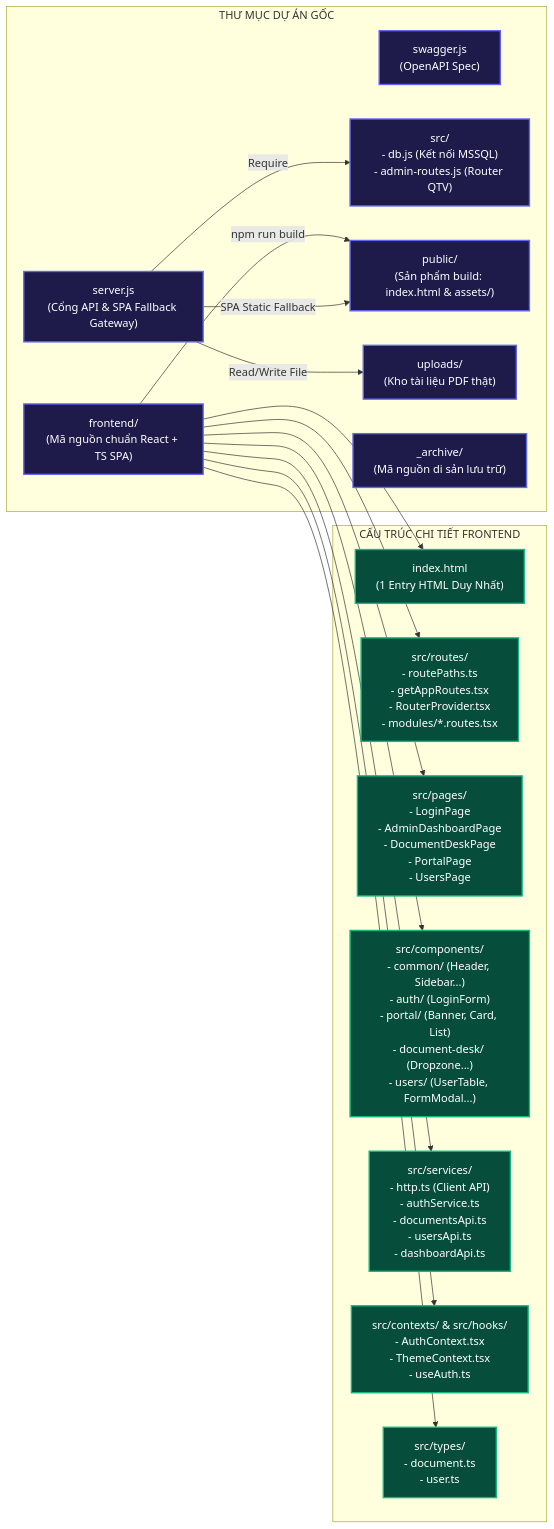
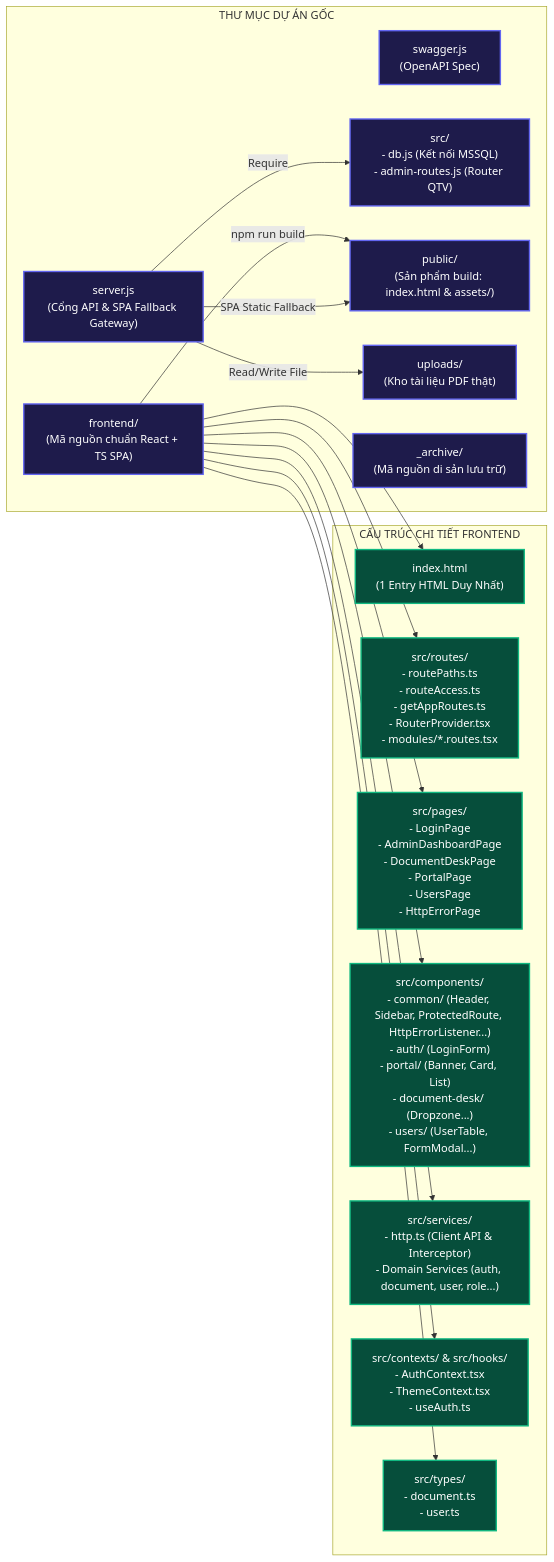
Before and after one commit to NguyenHaiAnh08/qk7-datahub: the second of 5 diagrams in SYSTEM_ARCHITECTURE.md, drawn with Mermaid. The commit also changed other lines of this file and 20 other files, not shown here.

Commit message:
5. Restructure the services, reconfigure `axiosClient`, integrate `ProtectedRoute` into business routes, and consolidate Markdown documentation.

````diff
--- a/SYSTEM_ARCHITECTURE.md
+++ b/SYSTEM_ARCHITECTURE.md
@@ -106,39 +106,39 @@
 ```mermaid
 graph LR
     subgraph ROOT ["THƯ MỤC DỰ ÁN GỐC"]
         ServerJS["server.js<br/>(Cổng API & SPA Fallback Gateway)"]
         SwaggerJS["swagger.js<br/>(OpenAPI Spec)"]
         SrcBackend["src/<br/>- db.js (Kết nối MSSQL)<br/>- admin-routes.js (Router QTV)"]
         PublicDir["public/<br/>(Sản phẩm build: index.html & assets/)"]
         UploadsDir["uploads/<br/>(Kho tài liệu PDF thật)"]
         ArchiveDir["_archive/<br/>(Mã nguồn di sản lưu trữ)"]
         FrontendDir["frontend/<br/>(Mã nguồn chuẩn React + TS SPA)"]
     end
 
     subgraph FRONTEND_SRC ["CẤU TRÚC CHI TIẾT FRONTEND"]
         F_Entry["index.html<br/>(1 Entry HTML Duy Nhất)"]
-        F_Routes["src/routes/<br/>- routePaths.ts<br/>- getAppRoutes.tsx<br/>- RouterProvider.tsx<br/>- modules/*.routes.tsx"]
-        F_Pages["src/pages/<br/>- LoginPage<br/>- AdminDashboardPage<br/>- DocumentDeskPage<br/>- PortalPage<br/>- UsersPage"]
-        F_Components["src/components/<br/>- common/ (Header, Sidebar...)<br/>- auth/ (LoginForm)<br/>- portal/ (Banner, Card, List)<br/>- document-desk/ (Dropzone...)<br/>- users/ (UserTable, FormModal...)"]
-        F_Services["src/services/<br/>- http.ts (Client API)<br/>- authService.ts<br/>- documentsApi.ts<br/>- usersApi.ts<br/>- dashboardApi.ts"]
+        F_Routes["src/routes/<br/>- routePaths.ts<br/>- routeAccess.ts<br/>- getAppRoutes.ts<br/>- RouterProvider.tsx<br/>- modules/*.routes.tsx"]
+        F_Pages["src/pages/<br/>- LoginPage<br/>- AdminDashboardPage<br/>- DocumentDeskPage<br/>- PortalPage<br/>- UsersPage<br/>- HttpErrorPage"]
+        F_Components["src/components/<br/>- common/ (Header, Sidebar, ProtectedRoute, HttpErrorListener...)<br/>- auth/ (LoginForm)<br/>- portal/ (Banner, Card, List)<br/>- document-desk/ (Dropzone...)<br/>- users/ (UserTable, FormModal...)"]
+        F_Services["src/services/<br/>- http.ts (Client API & Interceptor)<br/>- Domain Services (auth, document, user, role...)"]
         F_State["src/contexts/ & src/hooks/<br/>- AuthContext.tsx<br/>- ThemeContext.tsx<br/>- useAuth.ts"]
         F_Types["src/types/<br/>- document.ts<br/>- user.ts"]
     end
 
     FrontendDir --> F_Entry
     FrontendDir --> F_Routes
     FrontendDir --> F_Pages
     FrontendDir --> F_Components
     FrontendDir --> F_Services
     FrontendDir --> F_State
     FrontendDir --> F_Types
     FrontendDir -->|npm run build| PublicDir
     ServerJS -->|SPA Static Fallback| PublicDir
     ServerJS -->|Require| SrcBackend
     ServerJS -->|Read/Write File| UploadsDir
 
     classDef rootBox fill:#1e1b4b,stroke:#6366f1,stroke-width:2px,color:#fff;
     classDef feBox fill:#064e3b,stroke:#10b981,stroke-width:2px,color:#fff;
     class ServerJS,SwaggerJS,SrcBackend,PublicDir,UploadsDir,ArchiveDir,FrontendDir rootBox;
     class F_Entry,F_Routes,F_Pages,F_Components,F_Services,F_State,F_Types feBox;
 ```
````
